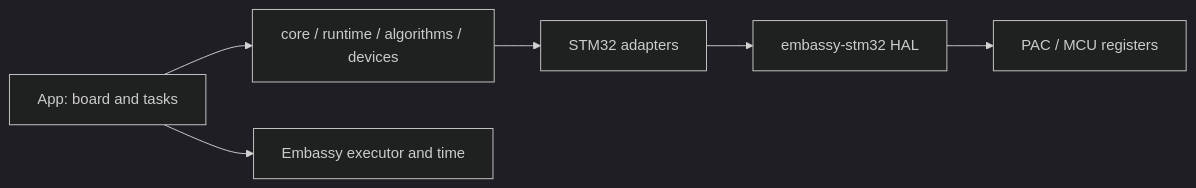
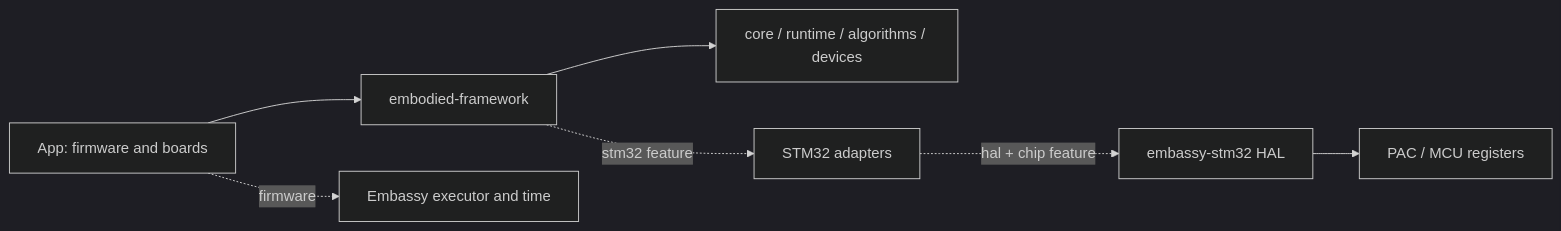
One commit to NomadJoeviolet/rivet32 changed the diagram in README.en.md. Above: the diagram before and after it, drawn with Mermaid (dark theme). The commit also changed other lines of this file and 9 other files, not shown here.

Commit message:
test: add host PoC and document Rust architecture boundaries

````diff
--- a/README.en.md
+++ b/README.en.md
@@ -62,8 +64,9 @@
 ```mermaid
 flowchart LR
-    A[App: board and tasks] --> F[core / runtime / algorithms / devices]
-    A --> E[Embassy executor and time]
-    F --> S[STM32 adapters]
-    S --> H[embassy-stm32 HAL]
+    A[App: firmware and boards] --> F[embodied-framework]
+    F --> C[core / runtime / algorithms / devices]
+    A -. firmware .-> E[Embassy executor and time]
+    F -. stm32 feature .-> S[STM32 adapters]
+    S -. hal + chip feature .-> H[embassy-stm32 HAL]
     H --> P[PAC / MCU registers]
 ```
````
